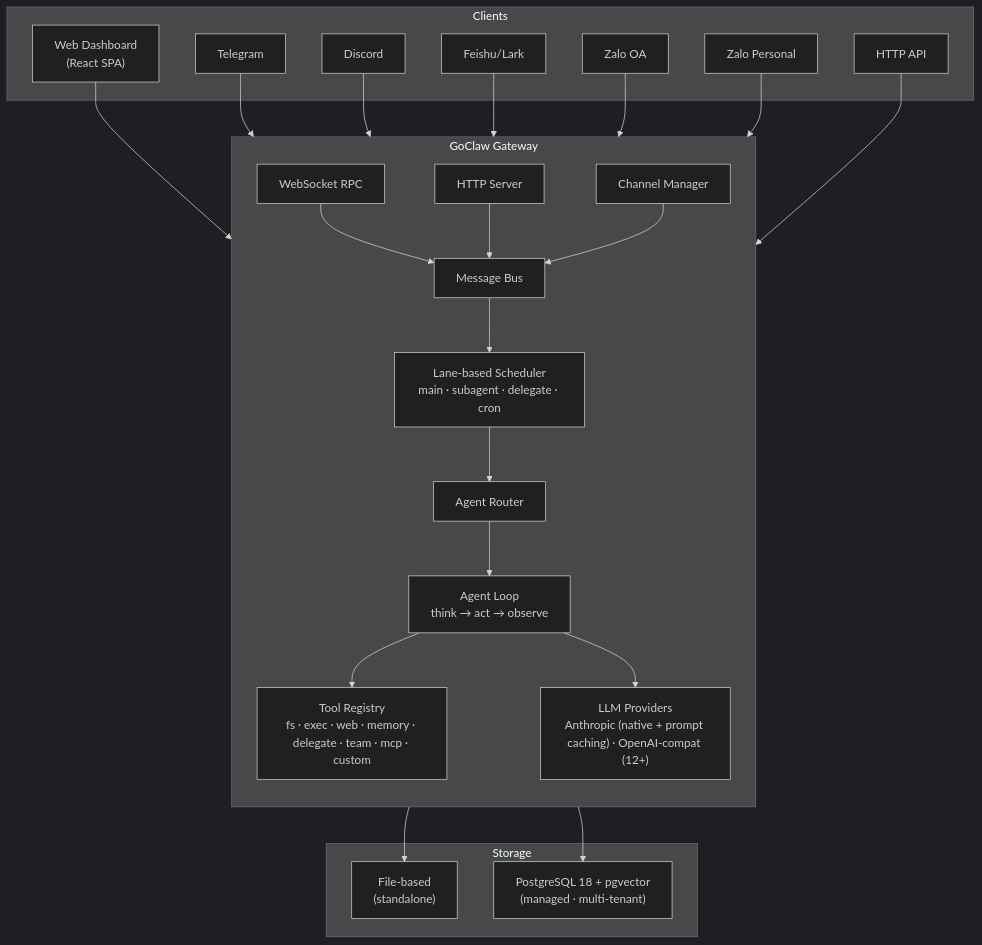
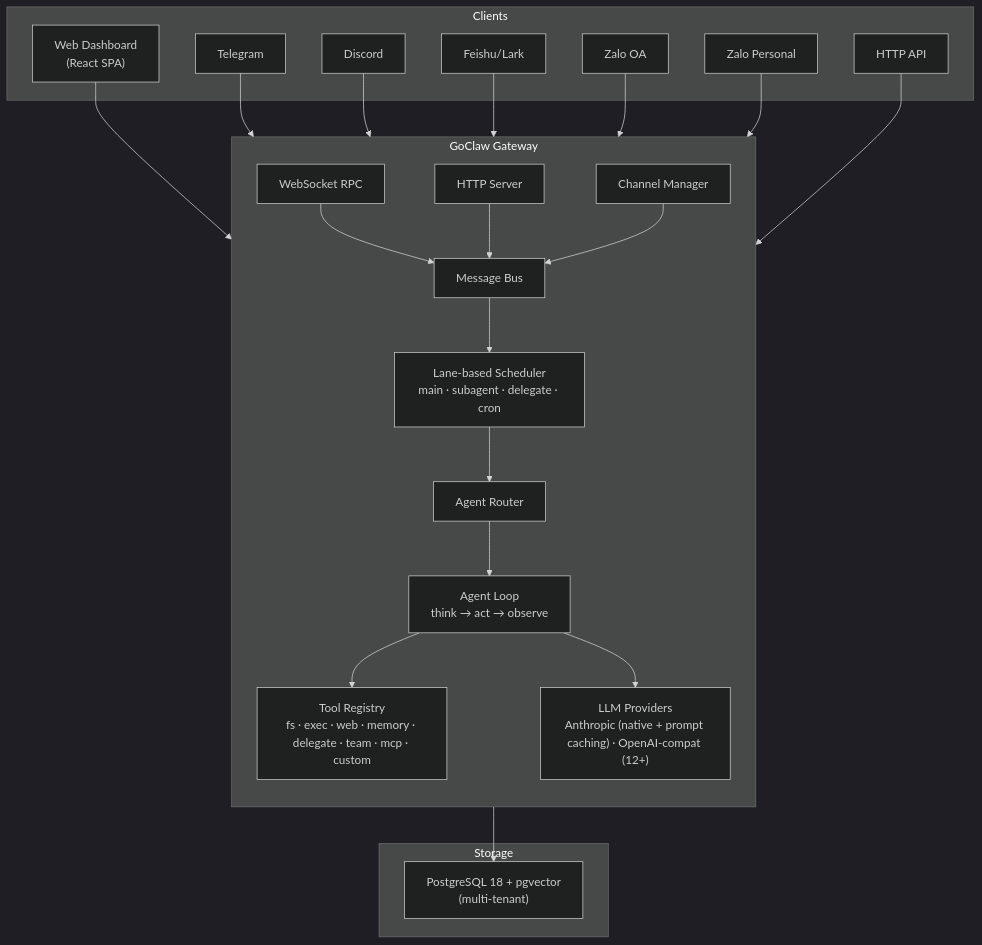
The first of 5 diagrams in README.md (qkhalk/goclaw), drawn with Mermaid (dark theme) before and after one commit. The commit also changed other lines of this file and 182 other files, not shown here.

First line of the commit message:
refactor: remove standalone mode, consolidate to managed-only (PostgreSQL) (#70)

````diff
--- a/README.md
+++ b/README.md
@@ -63,33 +63,32 @@
 ```mermaid
 graph TB
     subgraph Clients
         WEB["Web Dashboard<br/>(React SPA)"]
         TG["Telegram"]
         DC["Discord"]
         FS["Feishu/Lark"]
         ZL["Zalo OA"]
         ZLP["Zalo Personal"]
         API["HTTP API"]
     end
 
     subgraph Gateway["GoClaw Gateway"]
         direction TB
         WS["WebSocket RPC"] & REST["HTTP Server"] & CM["Channel Manager"]
         WS & REST & CM --> BUS["Message Bus"]
         BUS --> SCHED["Lane-based Scheduler<br/>main · subagent · delegate · cron"]
         SCHED --> ROUTER["Agent Router"]
         ROUTER --> LOOP["Agent Loop<br/>think → act → observe"]
         LOOP --> TOOLS["Tool Registry<br/>fs · exec · web · memory · delegate · team · mcp · custom"]
         LOOP --> LLM["LLM Providers<br/>Anthropic (native + prompt caching) · OpenAI-compat (12+)"]
     end
 
     subgraph Storage
-        FILE["File-based<br/>(standalone)"]
-        PG["PostgreSQL 18 + pgvector<br/>(managed · multi-tenant)"]
+        PG["PostgreSQL 18 + pgvector<br/>(multi-tenant)"]
     end
 
     WEB --> WS
     TG & DC & FS & ZL & ZLP --> CM
     API --> REST
-    LOOP --> FILE & PG
+    LOOP --> PG
 ```
````
